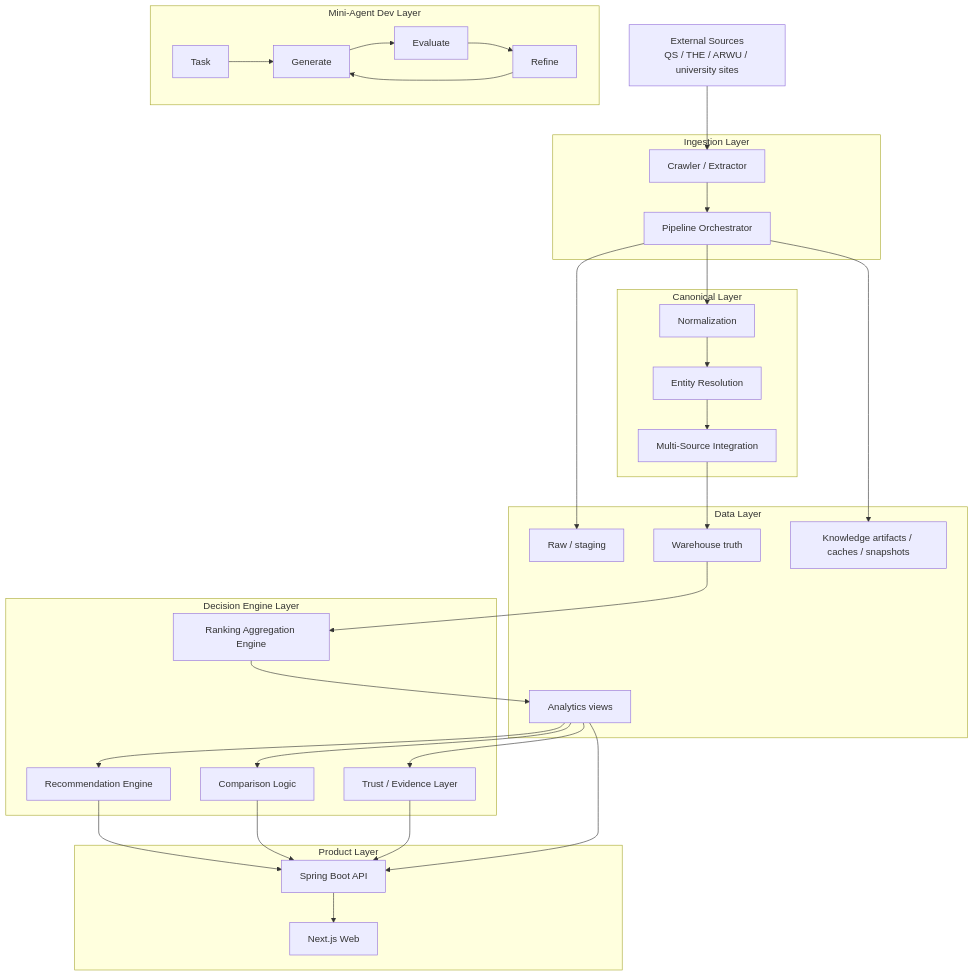
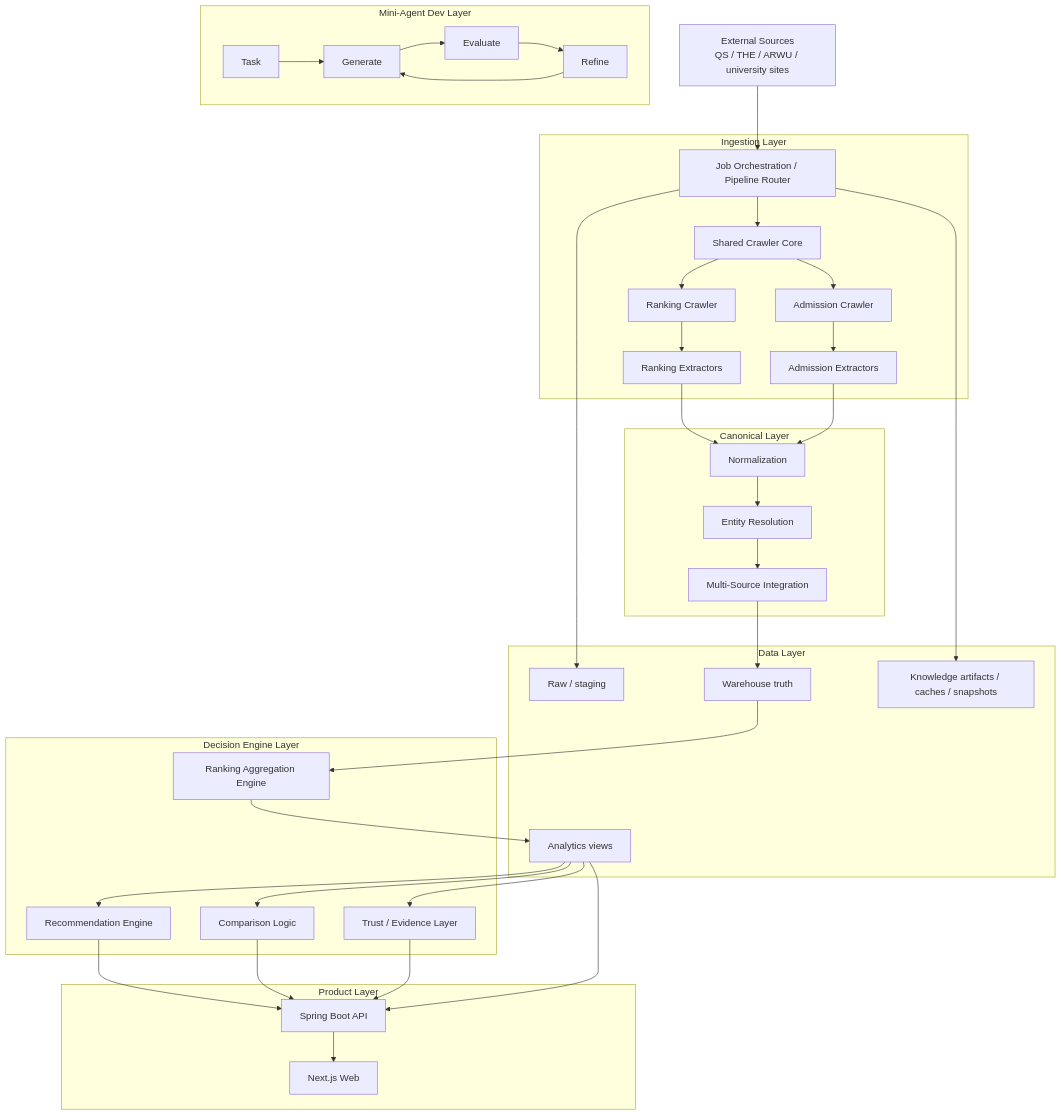
Before and after one commit to heinricitorgau/CrawlerNest: the first of 9 diagrams in docs/SYSTEM_ENGINE_ARCHITECTURE.md, drawn with Mermaid. The commit also changed other lines of this file and 1 other file, not shown here.

````diff
--- a/docs/SYSTEM_ENGINE_ARCHITECTURE.md
+++ b/docs/SYSTEM_ENGINE_ARCHITECTURE.md
@@ -18,59 +18,70 @@
 ```mermaid
 flowchart TD
     SRC["External Sources<br/>QS / THE / ARWU / university sites"]
 
     subgraph INGEST["Ingestion Layer"]
-        EXT["Crawler / Extractor"]
-        PIPE["Pipeline Orchestrator"]
+        JOBS["Job Orchestration / Pipeline Router"]
+        CCORE["Shared Crawler Core"]
+        RCRAWL["Ranking Crawler"]
+        ACRAWL["Admission Crawler"]
+        REXT["Ranking Extractors"]
+        AEXT["Admission Extractors"]
     end
 
     subgraph CANON["Canonical Layer"]
         NORM["Normalization"]
         ER["Entity Resolution"]
         MS["Multi-Source Integration"]
     end
 
     subgraph DATA["Data Layer"]
         RAW["Raw / staging"]
         WH["Warehouse truth"]
         ANA["Analytics views"]
         KB["Knowledge artifacts / caches / snapshots"]
     end
 
     subgraph ENGINE["Decision Engine Layer"]
         AGG["Ranking Aggregation Engine"]
         REC["Recommendation Engine"]
         CMP["Comparison Logic"]
         TRUST["Trust / Evidence Layer"]
     end
 
     subgraph PRODUCT["Product Layer"]
         API["Spring Boot API"]
         WEB["Next.js Web"]
     end
 
     subgraph DEVX["Mini-Agent Dev Layer"]
         TASK["Task"]
         GEN["Generate"]
         EVAL["Evaluate"]
         REFINE["Refine"]
     end
 
-    SRC --> EXT --> PIPE
-    PIPE --> NORM --> ER --> MS
-    PIPE --> RAW
-    PIPE --> KB
+    SRC --> JOBS
+    JOBS --> CCORE
+    CCORE --> RCRAWL
+    CCORE --> ACRAWL
+    RCRAWL --> REXT
+    ACRAWL --> AEXT
+    REXT --> NORM
+    AEXT --> NORM
+    JOBS --> RAW
+    JOBS --> KB
+    NORM --> ER --> MS
     MS --> WH
     WH --> AGG
     AGG --> ANA
     ANA --> REC
     ANA --> CMP
     ANA --> TRUST
     REC --> API
     CMP --> API
     TRUST --> API
     ANA --> API
     API --> WEB
 
     TASK --> GEN --> EVAL --> REFINE --> GEN
 ```
````
